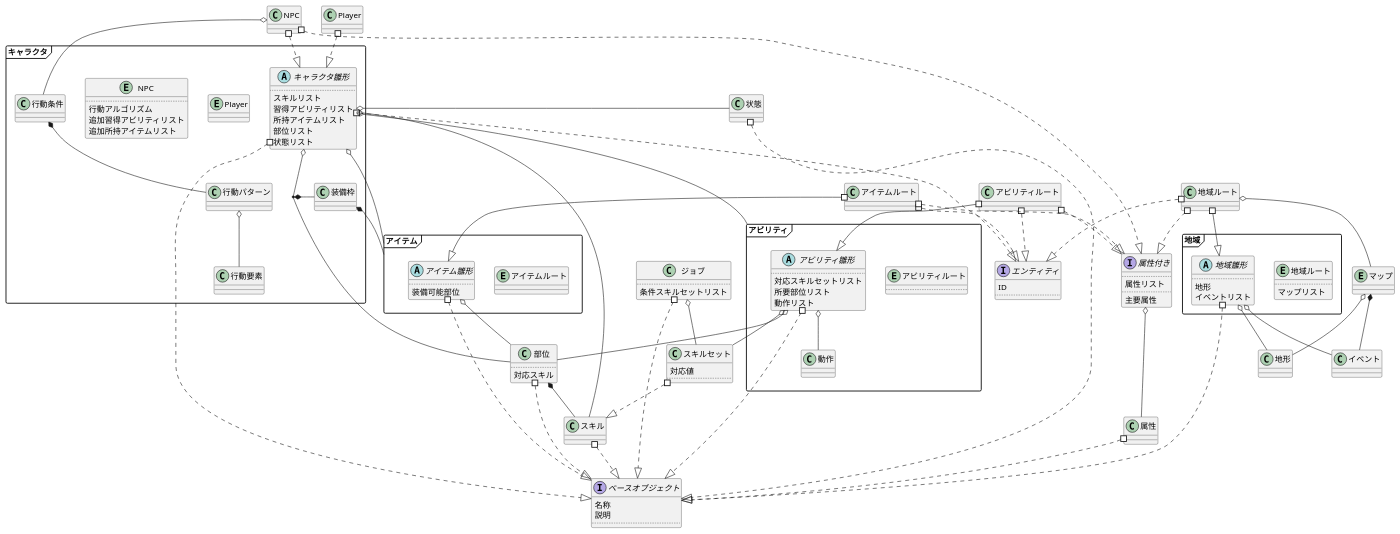
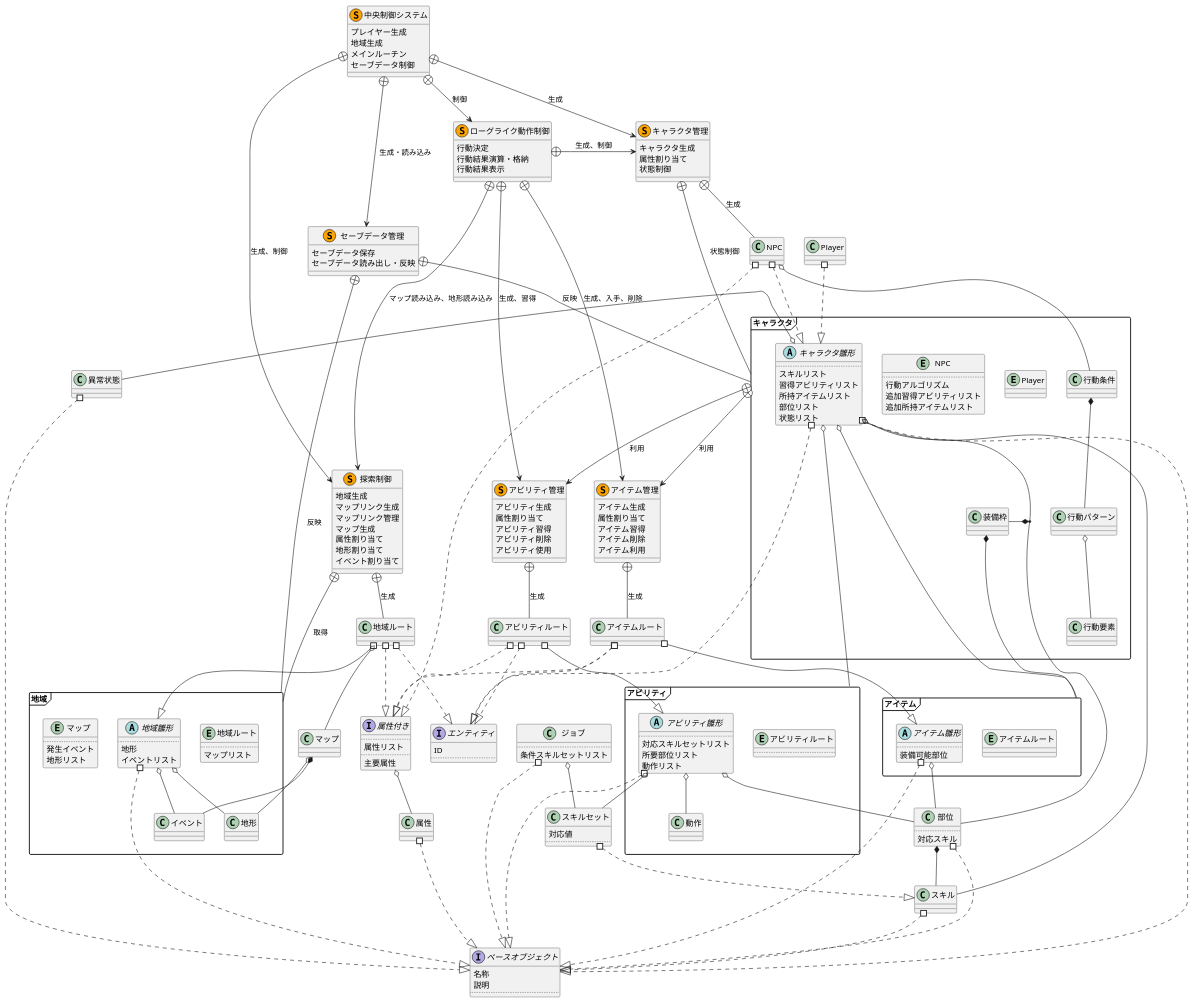
The diagram in Memo/Uml.wsd (eckolo/RogueLikeLike), drawn with PlantUML before and after one commit.

Commit message:
サービス周りを追加

```diff
--- a/Memo/Uml.wsd
+++ b/Memo/Uml.wsd
@@ -10,8 +10,8 @@
 
 class スキル
 スキル #..^ ベースオブジェクト
-class 状態
-状態 #..^ ベースオブジェクト
+class 異常状態
+異常状態 #..^ ベースオブジェクト
 class 部位{
 	..
 	対応スキル
@@ -81,11 +81,6 @@
 アイテムルート #..^ エンティティ
 アイテムルート #..^ 属性付き
 
-class 地形
-class イベント
-entity マップ
-マップ o-- 地形
-マップ *-- イベント
 namespace 地域{
 	entity 地域ルート{
 		..
@@ -96,11 +91,20 @@
 		地形
 		イベントリスト
 	}
+	class 地形
+	class イベント
+	entity マップ{
+		..
+		発生イベント
+		地形リスト
+	}
+	.マップ o-- 地形
+	.マップ *-- イベント
 
 	.地域ルート #--^ 地域雛形
 	地域雛形 #..^ .ベースオブジェクト
-	地域雛形 o-- .地形
-	地域雛形 o-- .イベント
+	地域雛形 o-- 地形
+	地域雛形 o-- イベント
 	.地域ルート o-- .マップ
 }
 地域ルート #..^ エンティティ
@@ -144,7 +148,77 @@
 キャラクタ.キャラクタ雛形 #..^ エンティティ
 キャラクタ.キャラクタ雛形 o- スキル
 キャラクタ.キャラクタ雛形 o- アビリティ
-キャラクタ.キャラクタ雛形 o- 状態
+キャラクタ.キャラクタ雛形 o- 異常状態
 キャラクタ.キャラクタ雛形 o- アイテム
 
+
+class 探索制御 <<(S,orange)>>{
+	地域生成
+	マップリンク生成
+	マップリンク管理
+	マップ生成
+	属性割り当て
+	地形割り当て
+	イベント割り当て
+}
+探索制御 +-- .地域ルート : 生成
+探索制御 +-- 地域 : 取得
+
+class アビリティ管理 <<(S,orange)>>{
+	アビリティ生成
+	属性割り当て
+	アビリティ習得
+	アビリティ削除
+	アビリティ使用
+}
+アビリティ管理 +-- アビリティルート : 生成
+
+class アイテム管理 <<(S,orange)>>{
+	アイテム生成
+	属性割り当て
+	アイテム習得
+	アイテム削除
+	アイテム利用
+}
+アイテム管理 +-- アイテムルート : 生成
+キャラクタ +--> アイテム管理 : 利用
+キャラクタ +--> アビリティ管理 : 利用
+
+class キャラクタ管理 <<(S,orange)>>{
+	キャラクタ生成
+	属性割り当て
+	状態制御
+}
+キャラクタ管理 +-- .NPC : 生成
+キャラクタ管理 +-- キャラクタ : 状態制御
+
+class ローグライク動作制御 <<(S,orange)>>{
+	行動決定
+	行動結果演算・格納
+	行動結果表示
+}
+ローグライク動作制御 +-> キャラクタ管理 : 生成、制御
+ローグライク動作制御 +--> アイテム管理 : 生成、入手、削除
+ローグライク動作制御 +--> アビリティ管理 : 生成、習得
+ローグライク動作制御 +--> 探索制御 : マップ読み込み、地形読み込み
+
+class セーブデータ管理 <<(S,orange)>>{
+	セーブデータ保存
+	セーブデータ読み出し・反映
+}
+セーブデータ管理 +-- 地域 : 反映
+セーブデータ管理 +-- キャラクタ : 反映
+
+class 中央制御システム <<(S,orange)>>{
+	プレイヤー生成
+	地域生成
+	メインルーチン
+	セーブデータ制御
+}
+中央制御システム +--> 探索制御 : 生成、制御
+中央制御システム +--> キャラクタ管理 : 生成
+中央制御システム +--> ローグライク動作制御 : 制御
+中央制御システム +--> セーブデータ管理 : 生成・読み込み
+
+
 @enduml
```
